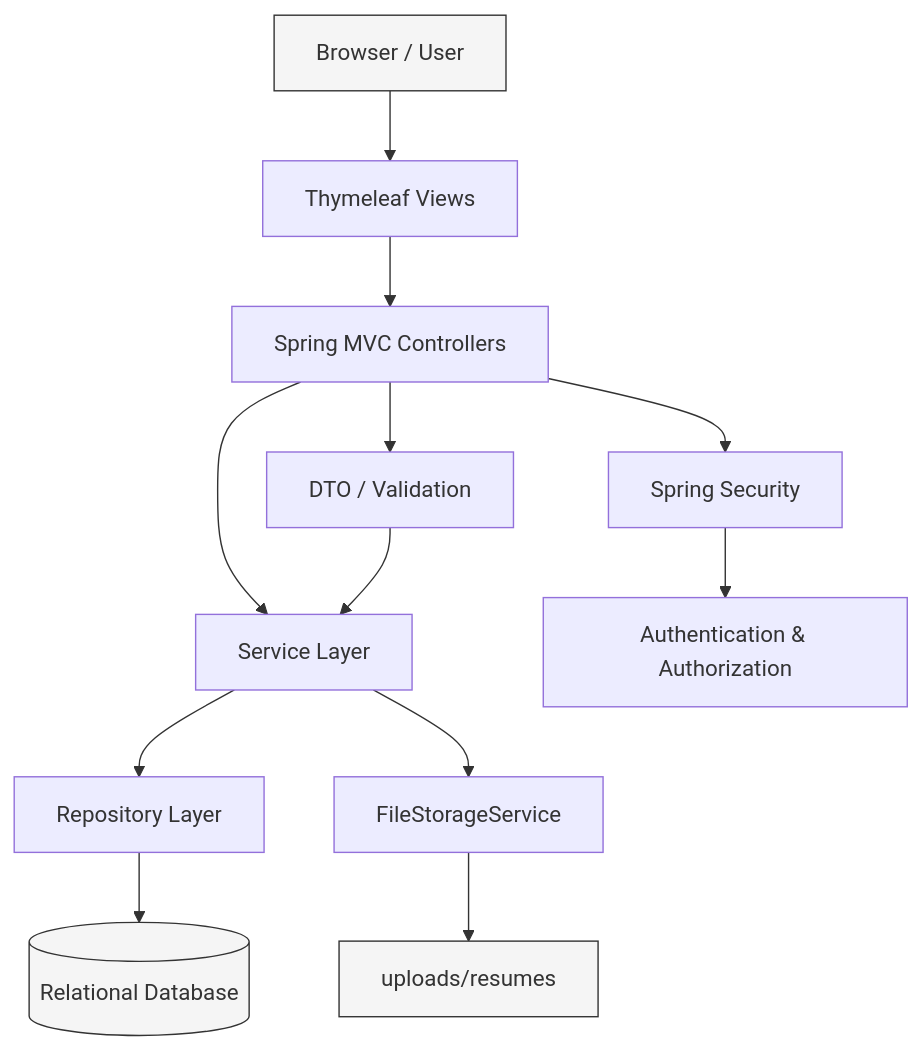
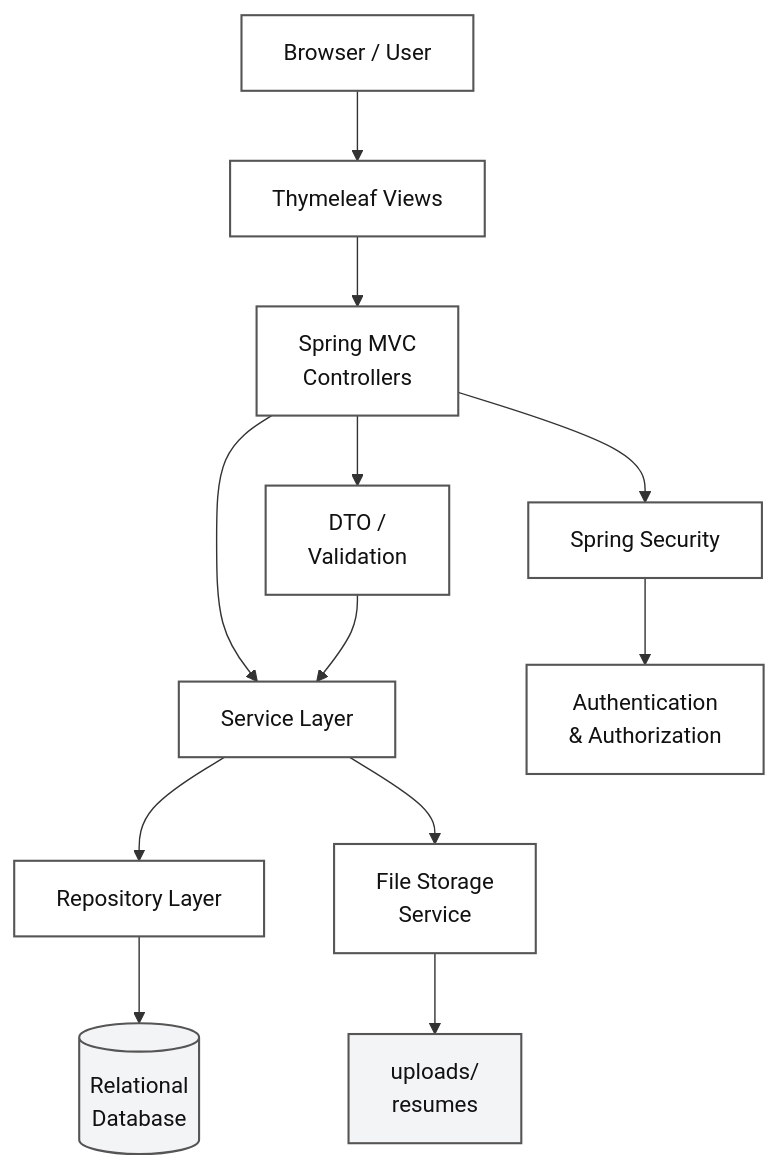
Before and after one commit to Kanduriavinash/workhive: the first of 7 diagrams in README.md, drawn with Mermaid.

Commit message:
docs: improve architecture diagram readability

````diff
--- a/README.md
+++ b/README.md
@@ -120,22 +120,24 @@
 ```mermaid
 flowchart TB
-    U[Browser / User] --> V[Thymeleaf Views]
-    V --> C[Spring MVC Controllers]
+    U["Browser / User"] --> V["Thymeleaf Views"]
+    V --> C["Spring MVC<br/>Controllers"]
 
-    C --> S[Service Layer]
-    S --> R[Repository Layer]
-    R --> D[(Relational Database)]
+    C --> S["Service Layer"]
+    S --> R["Repository Layer"]
+    R --> D[("Relational<br/>Database")]
 
-    C --> SEC[Spring Security]
-    SEC --> AUTH[Authentication & Authorization]
+    C --> SEC["Spring Security"]
+    SEC --> AUTH["Authentication<br/>& Authorization"]
 
-    S --> FS[FileStorageService]
-    FS --> FILES[uploads/resumes]
-
-    C --> DTO[DTO / Validation]
+    C --> DTO["DTO /<br/>Validation"]
     DTO --> S
 
-    style U fill:#f5f5f5,stroke:#333
-    style D fill:#f5f5f5,stroke:#333
-    style FILES fill:#f5f5f5,stroke:#333
+    S --> FS["File Storage<br/>Service"]
+    FS --> FILES["uploads/<br/>resumes"]
+
+    classDef node fill:#ffffff,stroke:#555555,stroke-width:1.5px,color:#111111;
+    classDef store fill:#f3f4f6,stroke:#555555,stroke-width:1.5px,color:#111111;
+
+    class U,V,C,S,R,SEC,AUTH,DTO,FS node;
+    class D,FILES store;
 ```
````
